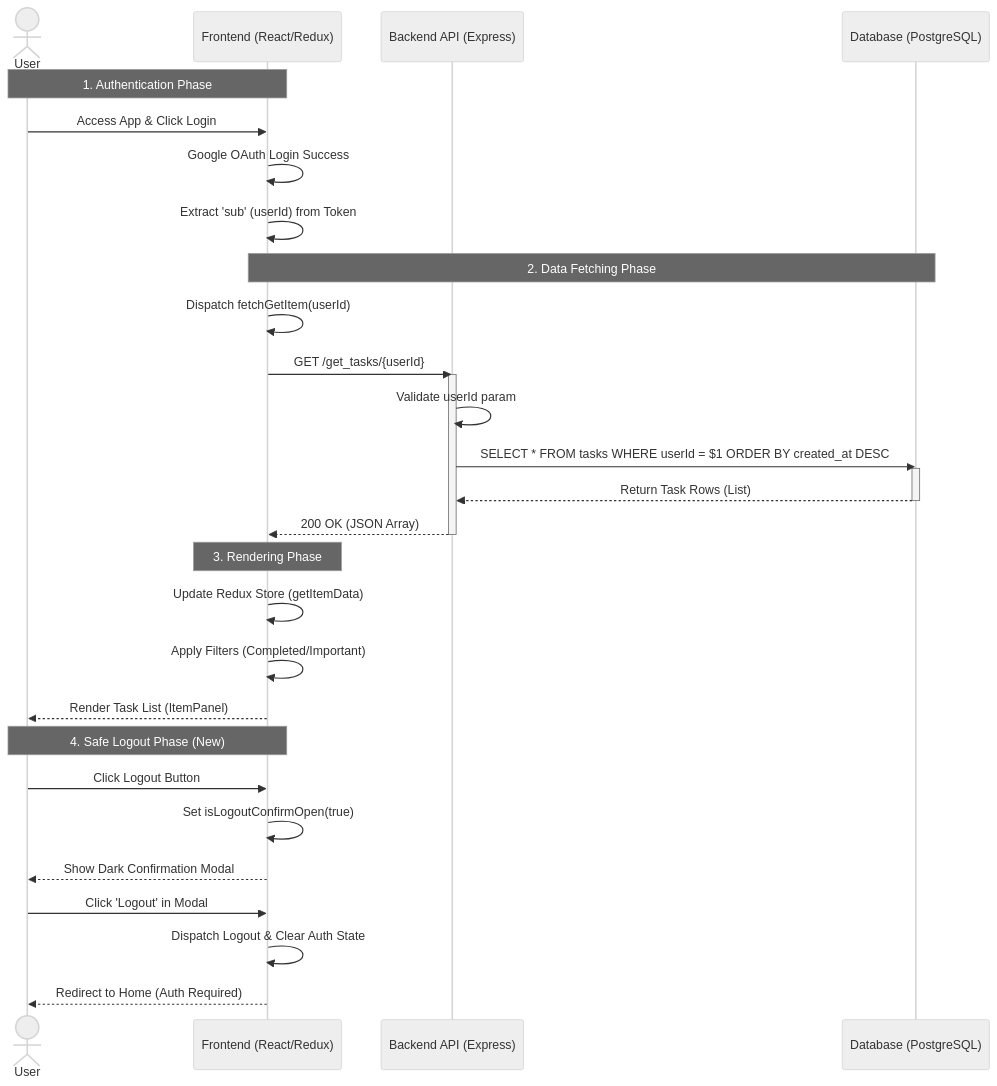
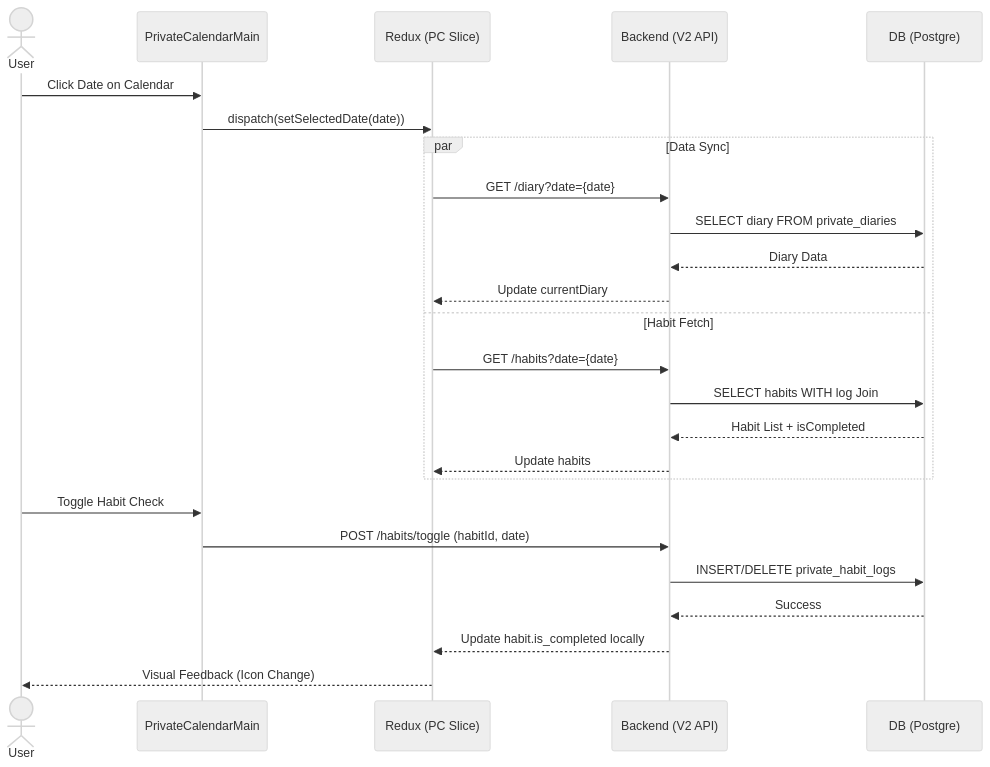
One commit to youmin0523/aicc8_deploy_app changed the second of 2 diagrams in ARCHITECTURE.md. Above: the diagram before and after it, drawn with Mermaid (neutral theme). The commit also changed other lines of this file and 2 other files, not shown here.

Commit message:
docs: Update project documentation for architecture, PrivateCalendar task, and API specifications.

````diff
--- a/ARCHITECTURE.md
+++ b/ARCHITECTURE.md
@@ -89,39 +53,30 @@
 ```mermaid
 sequenceDiagram
     actor User
-    participant FE as Frontend (React/Redux)
-    participant API as Backend API (Express)
-    participant DB as Database (PostgreSQL)
+    participant Main as PrivateCalendarMain
+    participant Redux as Redux (PC Slice)
+    participant API as Backend (V2 API)
+    participant DB as DB (Postgre)
 
-    Note over User, FE: 1. Authentication Phase
-    User->>FE: Access App & Click Login
-    FE->>FE: Google OAuth Login Success
-    FE->>FE: Extract 'sub' (userId) from Token
+    User->>Main: Click Date on Calendar
+    Main->>Redux: dispatch(setSelectedDate(date))
+    
+    par Data Sync
+        Redux->>API: GET /diary?date={date}
+        API->>DB: SELECT diary FROM private_diaries
+        DB-->>API: Diary Data
+        API-->>Redux: Update currentDiary
+    and Habit Fetch
+        Redux->>API: GET /habits?date={date}
+        API->>DB: SELECT habits WITH log Join
+        DB-->>API: Habit List + isCompleted
+        API-->>Redux: Update habits
+    end
 
-    Note over FE, DB: 2. Data Fetching Phase
-    FE->>FE: Dispatch fetchGetItem(userId)
-    FE->>API: GET /get_tasks/{userId}
-    activate API
-
-    API->>API: Validate userId param
-    API->>DB: SELECT * FROM tasks WHERE userId = $1 ORDER BY created_at DESC
-    activate DB
-    DB-->>API: Return Task Rows (List)
-    deactivate DB
-
-    API-->>FE: 200 OK (JSON Array)
-    deactivate API
-
-    Note over FE: 3. Rendering Phase
-    FE->>FE: Update Redux Store (getItemData)
-    FE->>FE: Apply Filters (Completed/Important)
-    FE-->>User: Render Task List (ItemPanel)
-
-    Note over User, FE: 4. Safe Logout Phase (New)
-    User->>FE: Click Logout Button
-    FE->>FE: Set isLogoutConfirmOpen(true)
-    FE-->>User: Show Dark Confirmation Modal
-    User->>FE: Click 'Logout' in Modal
-    FE->>FE: Dispatch Logout & Clear Auth State
-    FE-->>User: Redirect to Home (Auth Required)
+    User->>Main: Toggle Habit Check
+    Main->>API: POST /habits/toggle (habitId, date)
+    API->>DB: INSERT/DELETE private_habit_logs
+    DB-->>API: Success
+    API-->>Redux: Update habit.is_completed locally
+    Redux-->>User: Visual Feedback (Icon Change)
 ```
````
